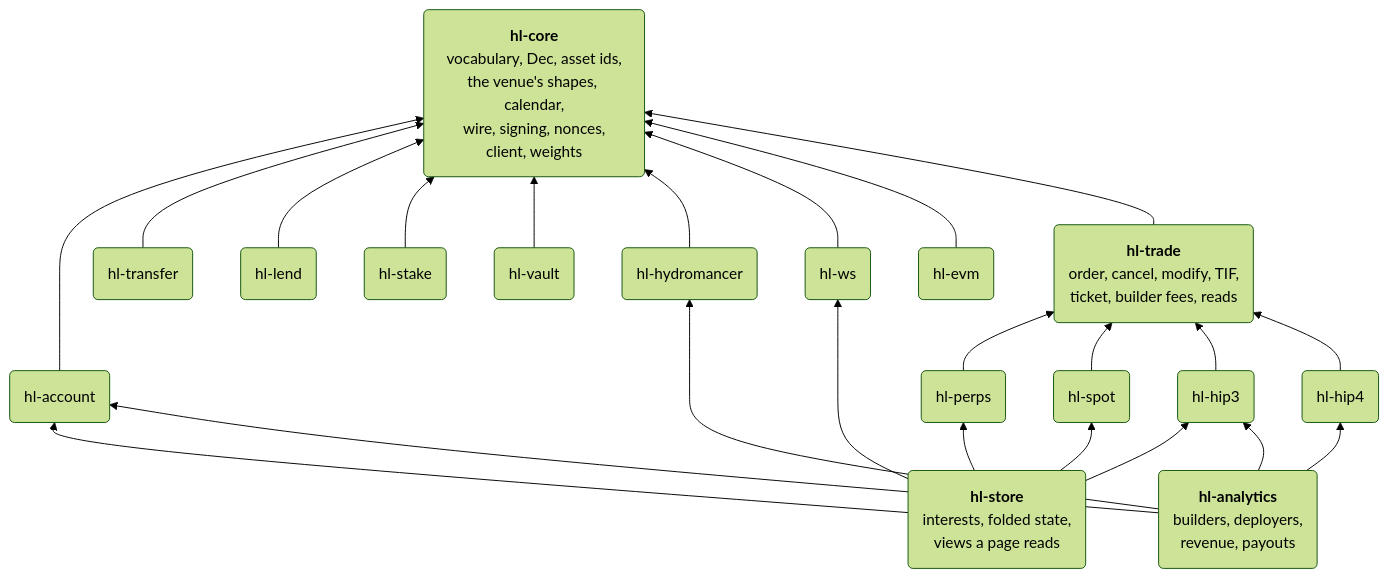
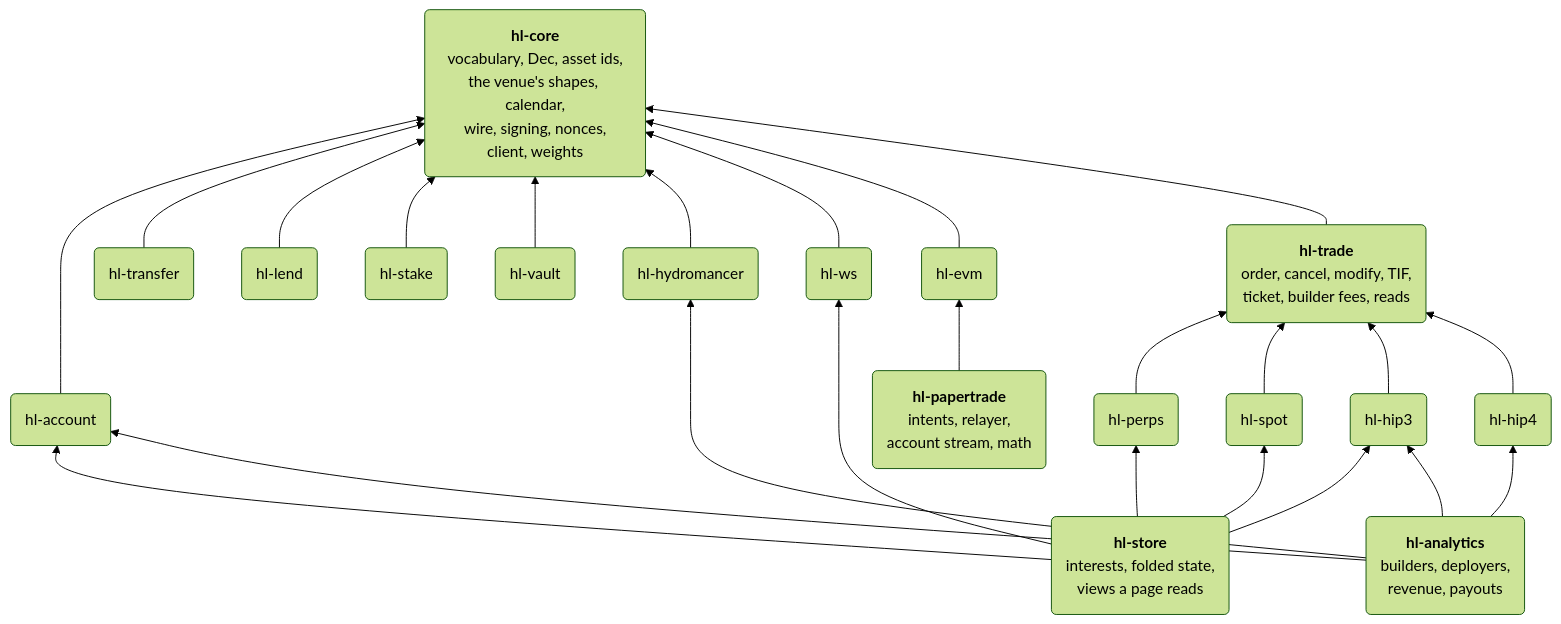
Before and after one commit to dennisfurrer/df-hyperliquid-core: the diagram in README.md, drawn with Mermaid (forest theme). The commit also changed other lines of this file and 40 other files, not shown here.

````diff
--- a/README.md
+++ b/README.md
@@ -5,31 +5,33 @@
 ```mermaid
 flowchart BT
   CORE("<b>hl-core</b><br/>vocabulary, Dec, asset ids,<br/>the venue's shapes, calendar,<br/>wire, signing, nonces,<br/>client, weights")
   TRADE("<b>hl-trade</b><br/>order, cancel, modify, TIF,<br/>ticket, builder fees, reads")
 
   ACCOUNT("hl-account") --> CORE
   TRANSFER("hl-transfer") --> CORE
   LEND("hl-lend") --> CORE
   STAKE("hl-stake") --> CORE
   VAULT("hl-vault") --> CORE
   HYDRO("hl-hydromancer") --> CORE
   WS("hl-ws") --> CORE
   EVM("hl-evm") --> CORE
   TRADE --> CORE
 
   PERPS("hl-perps") --> TRADE
   SPOT("hl-spot") --> TRADE
   HIP3("hl-hip3") --> TRADE
   HIP4("hl-hip4") --> TRADE
 
   STORE("<b>hl-store</b><br/>interests, folded state,<br/>views a page reads") --> WS
   STORE --> ACCOUNT
   STORE --> PERPS
   STORE --> SPOT
   STORE --> HIP3
 
   ANALYTICS("<b>hl-analytics</b><br/>builders, deployers,<br/>revenue, payouts") --> HIP3
   ANALYTICS --> HIP4
   ANALYTICS --> HYDRO
   ANALYTICS --> ACCOUNT
+
+  PAPER("<b>hl-papertrade</b><br/>intents, relayer,<br/>account stream, math") --> EVM
 ```
````
